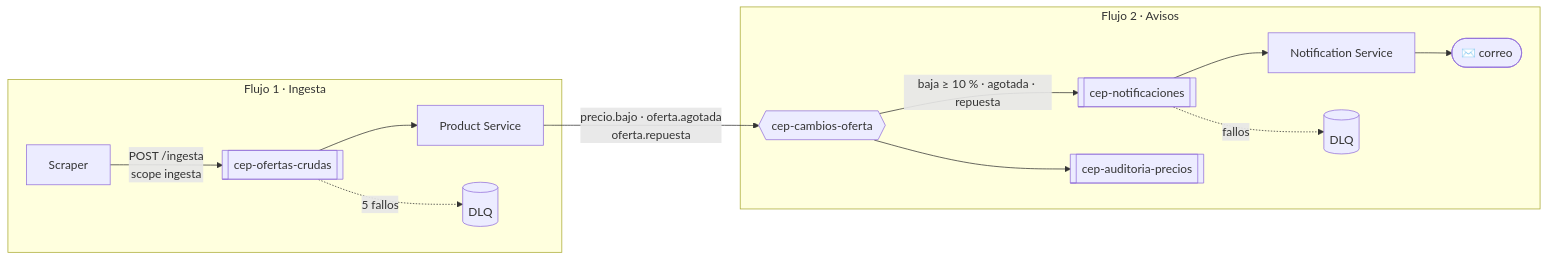
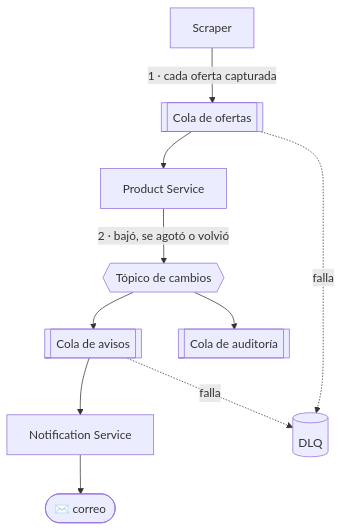
The second of 4 diagrams in README.md (Martinnnn-ops/cacha-el-precio), drawn with Mermaid before and after one commit. The commit also changed other lines of this file and 1 other file, not shown here.

Commit message:
docs(readme): más corto y sin repetir; diagramas verticales y el stack plegado

````diff
--- a/README.md
+++ b/README.md
@@ -99,15 +102,10 @@
 ```mermaid
-flowchart LR
-    subgraph F1["Flujo 1 · Ingesta"]
-        SC["Scraper"] -->|"POST /ingesta<br/>scope ingesta"| Q1[["cep-ofertas-crudas"]]
-        Q1 --> PS["Product Service"]
-        Q1 -. "5 fallos" .-> D1[("DLQ")]
-    end
-    subgraph F2["Flujo 2 · Avisos"]
-        PS -->|"precio.bajo · oferta.agotada<br/>oferta.repuesta"| T{{"cep-cambios-oferta"}}
-        T -->|"baja ≥ 10 % · agotada · repuesta"| Q2[["cep-notificaciones"]]
-        T --> Q3[["cep-auditoria-precios"]]
-        Q2 --> NS["Notification Service"] --> M(["✉️ correo"])
-        Q2 -. "fallos" .-> D2[("DLQ")]
-    end
+flowchart TD
+    SC["Scraper"] -->|"1 · cada oferta capturada"| Q1[["Cola de ofertas"]]
+    Q1 --> PS["Product Service"]
+    PS -->|"2 · bajó, se agotó o volvió"| T{{"Tópico de cambios"}}
+    T --> Q2[["Cola de avisos"]] --> NS["Notification Service"] --> M(["✉️ correo"])
+    T --> Q3[["Cola de auditoría"]]
+    Q1 -. falla .-> D[("DLQ")]
+    Q2 -. falla .-> D
 ```
````
